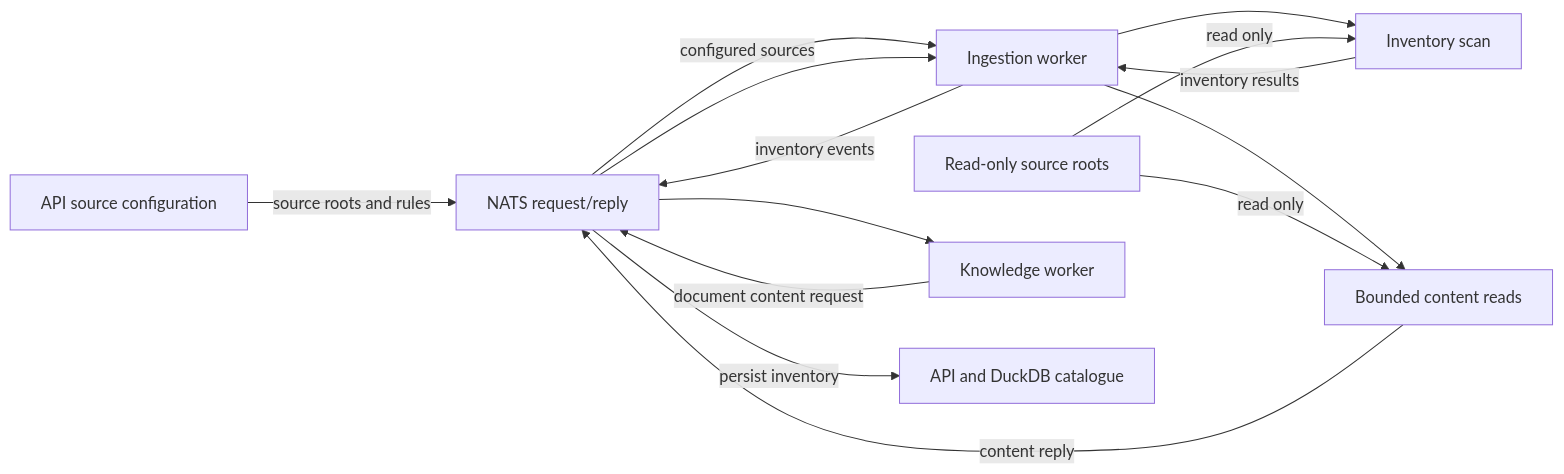
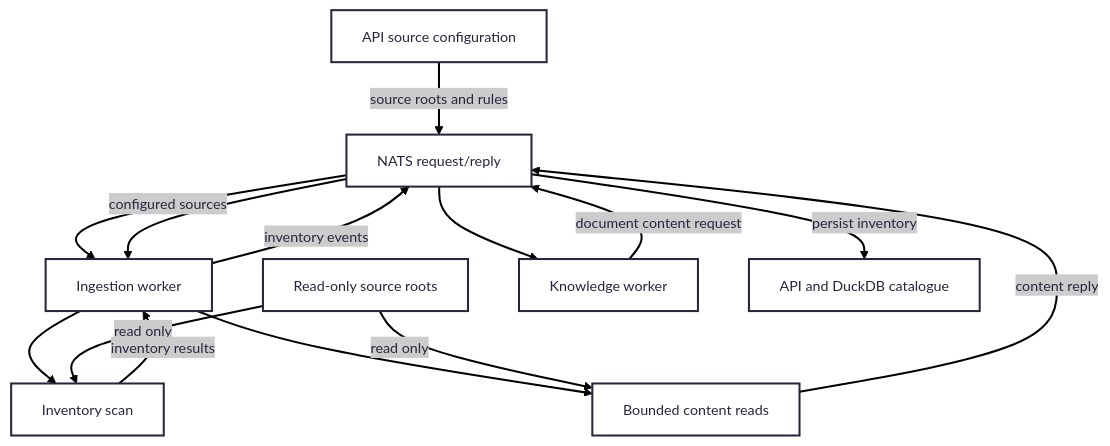
The diagram in infrastructure/filesystem/README.md (chrisob55/workspace-brain), drawn with Mermaid before and after one commit. The commit also changed 11 other files, not shown here.

First line of the commit message:
docs(architecture): standardize Mermaid diagram theme

````diff
--- a/infrastructure/filesystem/README.md
+++ b/infrastructure/filesystem/README.md
@@ -10,24 +10,28 @@
 ```mermaid
-flowchart LR
+---
+config:
+  theme: redux-color
+---
+flowchart TB
   Config["API source configuration"]
   Bus["NATS request/reply"]
   Ingestion["Ingestion worker"]
   Roots["Read-only source roots"]
   Scan["Inventory scan"]
   Content["Bounded content reads"]
   Knowledge["Knowledge worker"]
   Catalogue["API and DuckDB catalogue"]
   Config -->|"source roots and rules"| Bus
   Bus -->|"configured sources"| Ingestion
   Ingestion --> Scan
   Roots -->|"read only"| Scan
   Scan -->|"inventory results"| Ingestion
   Ingestion -->|"inventory events"| Bus
   Bus -->|"persist inventory"| Catalogue
   Knowledge -->|"document content request"| Bus
   Bus --> Ingestion
   Ingestion --> Content
   Roots -->|"read only"| Content
   Content -->|"content reply"| Bus
   Bus --> Knowledge
 ```
````
